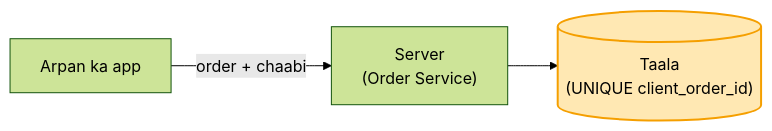
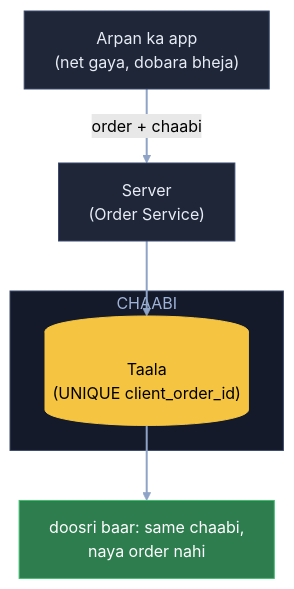
Before and after one commit to ArpanMaheshwari144/Prep: the second of 9 diagrams in 04_HLD/SYSTEM_DESIGNS/05_stock_broker_trading/05_stock_broker_trading.md, drawn with Mermaid (forest theme). The commit also changed other lines of this file, not shown here.

Commit message:
Stock: 9 diagram YouTube (reel) wale card andaaz me

````diff
--- a/04_HLD/SYSTEM_DESIGNS/05_stock_broker_trading/05_stock_broker_trading.md
+++ b/04_HLD/SYSTEM_DESIGNS/05_stock_broker_trading/05_stock_broker_trading.md
@@ -55,6 +67,18 @@
 ```mermaid
-flowchart LR
-    A["Arpan ka app"] -- "order + chaabi" --> O["Server<br/>(Order Service)"]
-    O --> K[("Taala<br/>(UNIQUE client_order_id)")]
-    style K fill:#ffe8b3,stroke:#f59f00,stroke-width:2px,color:#000
+flowchart TB
+    A["Arpan ka app<br/>(net gaya, dobara bheja)"]:::card
+    O["Server<br/>(Order Service)"]:::card
+    subgraph CH["CHAABI"]
+        K[("Taala<br/>(UNIQUE client_order_id)")]:::pill
+    end
+    X["doosri baar: same chaabi,<br/>naya order nahi"]:::good
+    A -- "order + chaabi" --> O
+    O --> K
+    K --> X
+    linkStyle default stroke:#8fa3c7,stroke-width:2px
+    classDef card fill:#1e2638,stroke:#3a4a6b,color:#e8ecf5
+    classDef pill fill:#f5c542,stroke:#f5c542,color:#000
+    classDef good fill:#2e7d4f,stroke:#3fbf6f,color:#fff
+    classDef bad fill:#5c1f24,stroke:#e05561,color:#fff
+    style CH fill:#141a29,stroke:#3a4a6b,color:#9fb3d9
 ```
````
